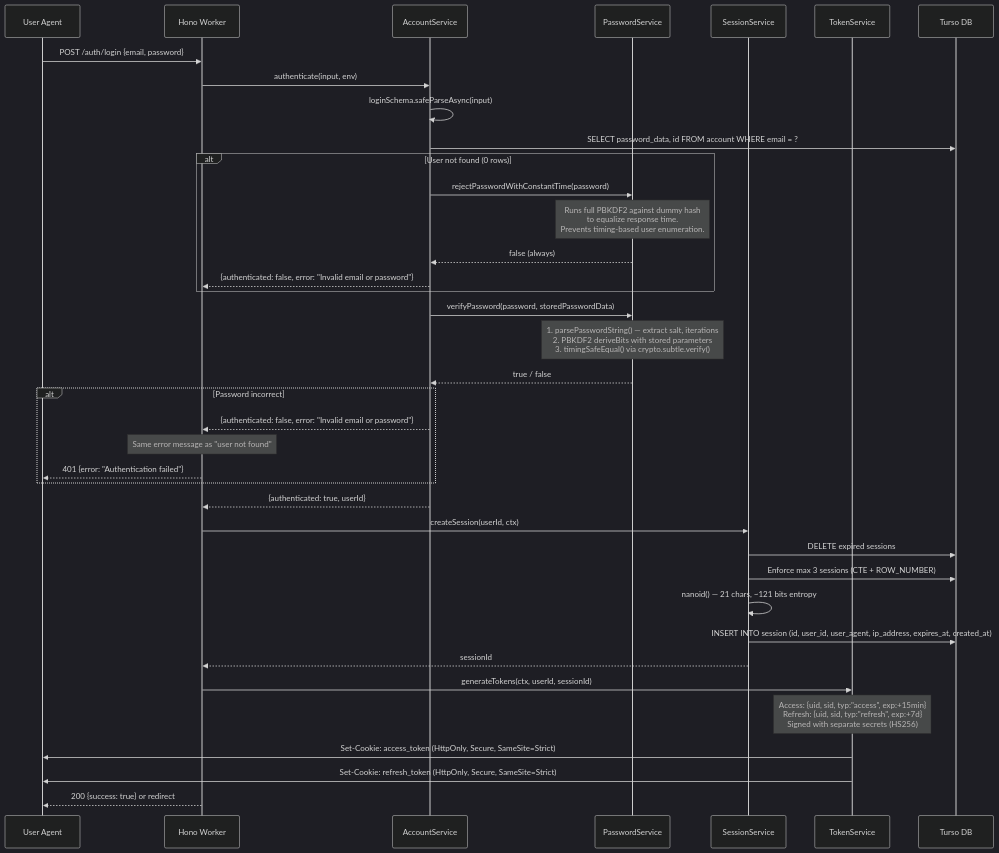
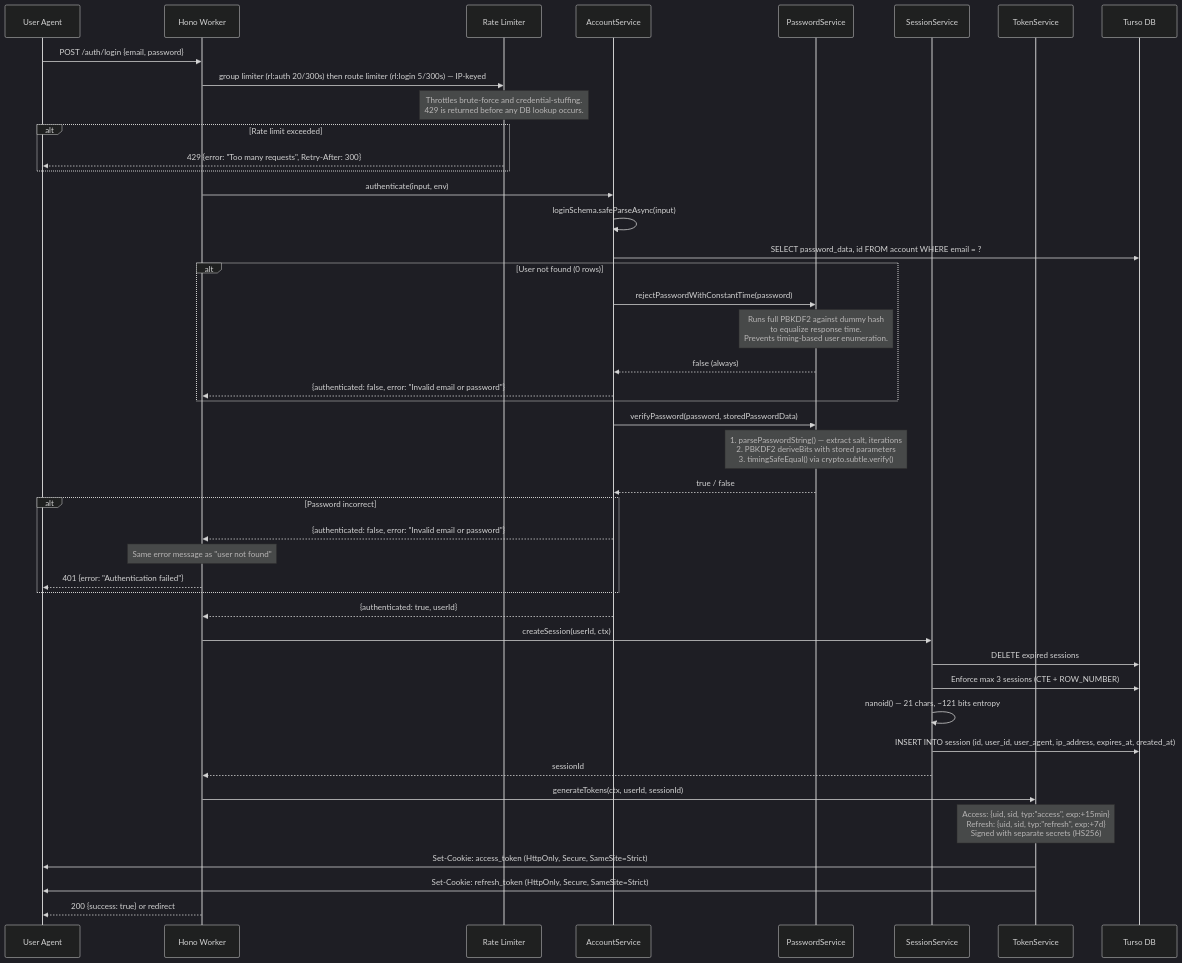
Before and after one commit to vhscom/private-landing: the second of 6 diagrams in docs/flows.md, drawn with Mermaid (dark theme). The commit also changed other lines of this file, not shown here.

Commit message:
docs: add rate limiter to login/register flows

````diff
--- a/docs/flows.md
+++ b/docs/flows.md
@@ -60,49 +69,56 @@
 ```mermaid
 sequenceDiagram
   participant U as User Agent
   participant H as Hono Worker
+  participant RL as Rate Limiter
   participant AS as AccountService
   participant PS as PasswordService
   participant SS as SessionService
   participant TS as TokenService
   participant DB as Turso DB
 
   U->>H: POST /auth/login {email, password}
+  H->>RL: group limiter (rl:auth 20/300s) then route limiter (rl:login 5/300s) — IP-keyed
+  Note over RL: Throttles brute-force and credential-stuffing.<br/>429 is returned before any DB lookup occurs.
+  alt Rate limit exceeded
+    RL-->>U: 429 {error: "Too many requests", Retry-After: 300}
+  end
+
   H->>AS: authenticate(input, env)
 
   AS->>AS: loginSchema.safeParseAsync(input)
   AS->>DB: SELECT password_data, id FROM account WHERE email = ?
 
   alt User not found (0 rows)
     AS->>PS: rejectPasswordWithConstantTime(password)
     Note over PS: Runs full PBKDF2 against dummy hash<br/>to equalize response time.<br/>Prevents timing-based user enumeration.
     PS-->>AS: false (always)
     AS-->>H: {authenticated: false, error: "Invalid email or password"}
   end
 
   AS->>PS: verifyPassword(password, storedPasswordData)
   Note over PS: 1. parsePasswordString() — extract salt, iterations<br/>2. PBKDF2 deriveBits with stored parameters<br/>3. timingSafeEqual() via crypto.subtle.verify()
   PS-->>AS: true / false
 
   alt Password incorrect
     AS-->>H: {authenticated: false, error: "Invalid email or password"}
     Note over H: Same error message as "user not found"
     H-->>U: 401 {error: "Authentication failed"}
   end
 
   AS-->>H: {authenticated: true, userId}
 
   H->>SS: createSession(userId, ctx)
   SS->>DB: DELETE expired sessions
   SS->>DB: Enforce max 3 sessions (CTE + ROW_NUMBER)
   SS->>SS: nanoid() — 21 chars, ~121 bits entropy
   SS->>DB: INSERT INTO session (id, user_id, user_agent, ip_address, expires_at, created_at)
   SS-->>H: sessionId
 
   H->>TS: generateTokens(ctx, userId, sessionId)
   Note over TS: Access: {uid, sid, typ:"access", exp:+15min}<br/>Refresh: {uid, sid, typ:"refresh", exp:+7d}<br/>Signed with separate secrets (HS256)
   TS->>U: Set-Cookie: access_token (HttpOnly, Secure, SameSite=Strict)
   TS->>U: Set-Cookie: refresh_token (HttpOnly, Secure, SameSite=Strict)
 
   H-->>U: 200 {success: true} or redirect
 ```
````
